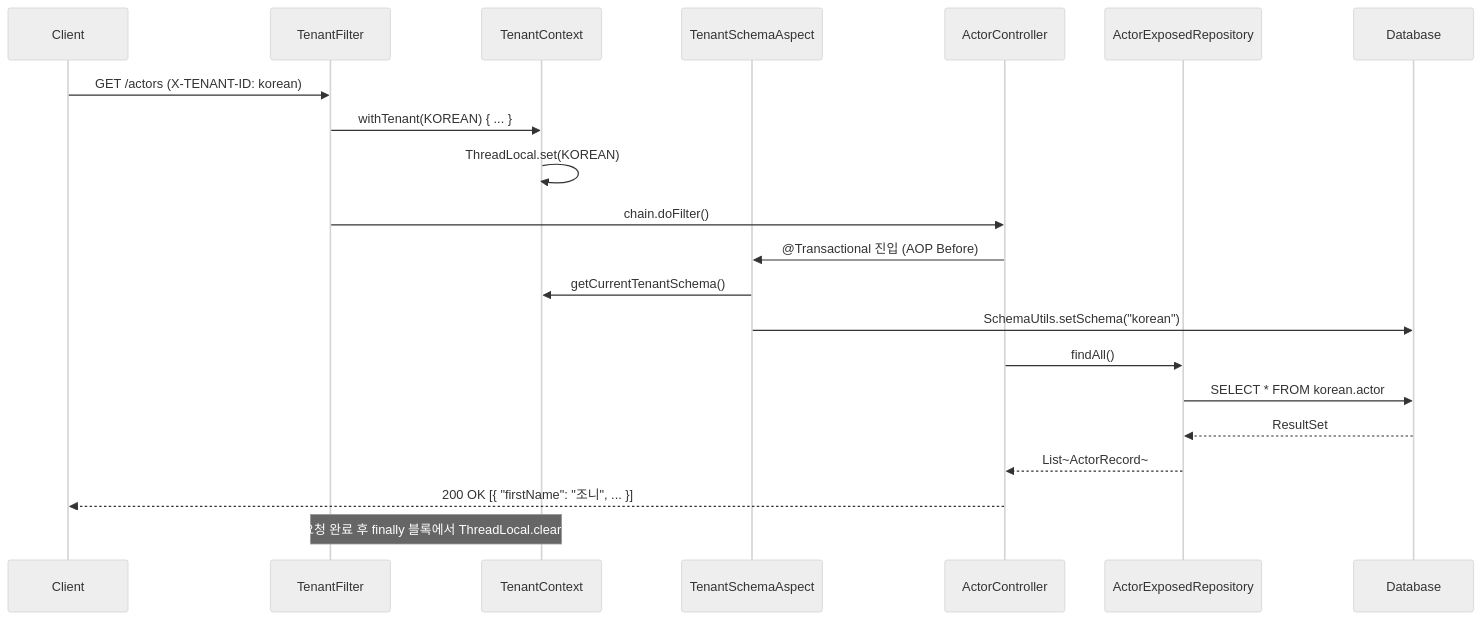
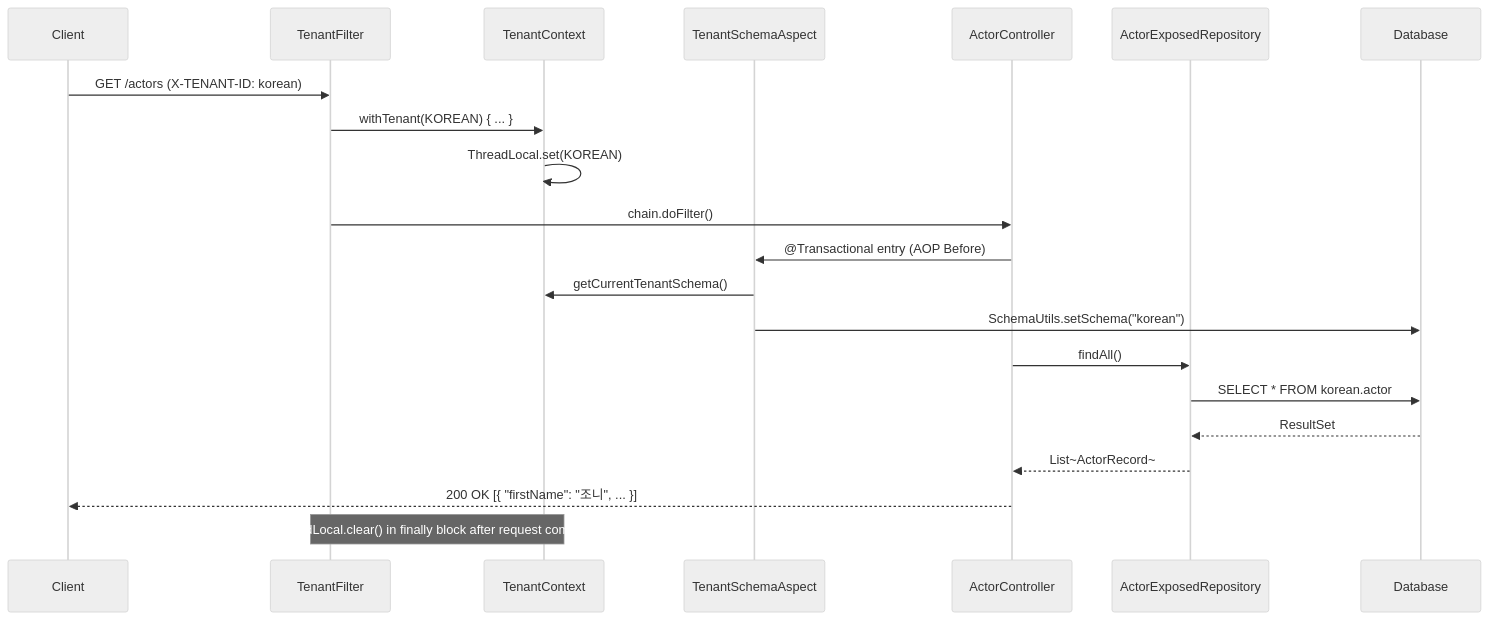
One commit to bluetape4k/exposed-workshop changed the fourth of 4 diagrams in 10-multi-tenant/01-multitenant-spring-web/README.md. Above: the diagram before and after it, drawn with Mermaid (neutral theme). The commit also changed other lines of this file and 115 other files, not shown here.

````diff
--- a/10-multi-tenant/01-multitenant-spring-web/README.md
+++ b/10-multi-tenant/01-multitenant-spring-web/README.md
@@ -191,27 +192,27 @@
 ```mermaid
 sequenceDiagram
     participant Client
     participant TenantFilter
     participant TenantContext
     participant TenantSchemaAspect
     participant ActorController
     participant ActorExposedRepository
     participant Database
 
     Client->>TenantFilter: GET /actors (X-TENANT-ID: korean)
     TenantFilter->>TenantContext: withTenant(KOREAN) { ... }
     TenantContext->>TenantContext: ThreadLocal.set(KOREAN)
 
     TenantFilter->>ActorController: chain.doFilter()
-    ActorController->>TenantSchemaAspect: @Transactional 진입 (AOP Before)
+    ActorController->>TenantSchemaAspect: @Transactional entry (AOP Before)
     TenantSchemaAspect->>TenantContext: getCurrentTenantSchema()
     TenantSchemaAspect->>Database: SchemaUtils.setSchema("korean")
 
     ActorController->>ActorExposedRepository: findAll()
     ActorExposedRepository->>Database: SELECT * FROM korean.actor
     Database-->>ActorExposedRepository: ResultSet
     ActorExposedRepository-->>ActorController: List~ActorRecord~
     ActorController-->>Client: 200 OK [{ "firstName": "조니", ... }]
 
-    Note over TenantFilter,TenantContext: 요청 완료 후 finally 블록에서 ThreadLocal.clear()
+    Note over TenantFilter,TenantContext: ThreadLocal.clear() in finally block after request completes
 ```
````
